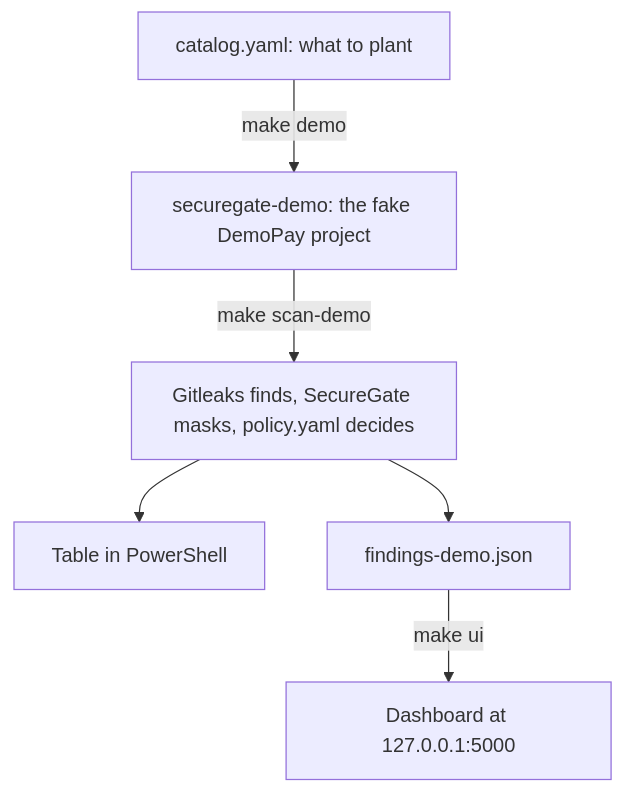
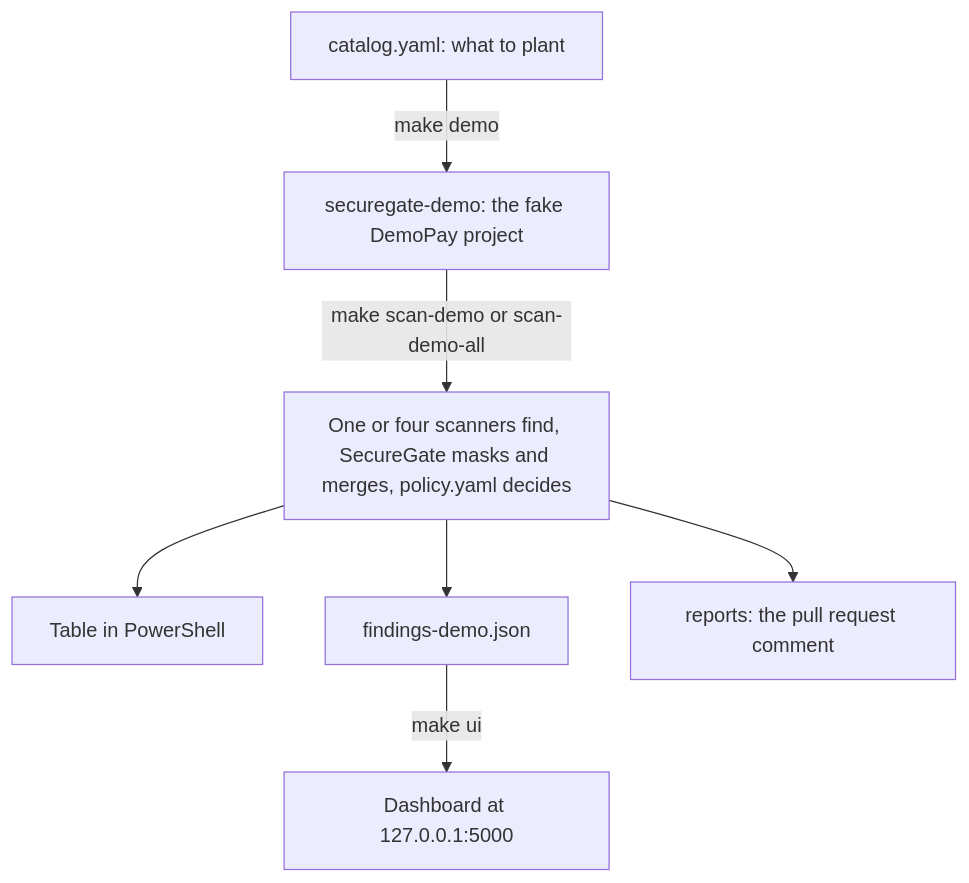
Before and after one commit to Bhavik-Kadian/Nexora: the diagram in docs/presenting-to-judges.md, drawn with Mermaid. The commit also changed other lines of this file and 8 other files, not shown here.

````diff
--- a/docs/presenting-to-judges.md
+++ b/docs/presenting-to-judges.md
@@ -71,8 +73,9 @@
 ```mermaid
 flowchart TD
     A["catalog.yaml: what to plant"] -->|make demo| B["securegate-demo: the fake DemoPay project"]
-    B -->|make scan-demo| C["Gitleaks finds, SecureGate masks, policy.yaml decides"]
+    B -->|make scan-demo or scan-demo-all| C["One or four scanners find, SecureGate masks and merges, policy.yaml decides"]
     C --> D["Table in PowerShell"]
     C --> E["findings-demo.json"]
+    C --> G["reports: the pull request comment"]
     E -->|make ui| F["Dashboard at 127.0.0.1:5000"]
 ```
````
